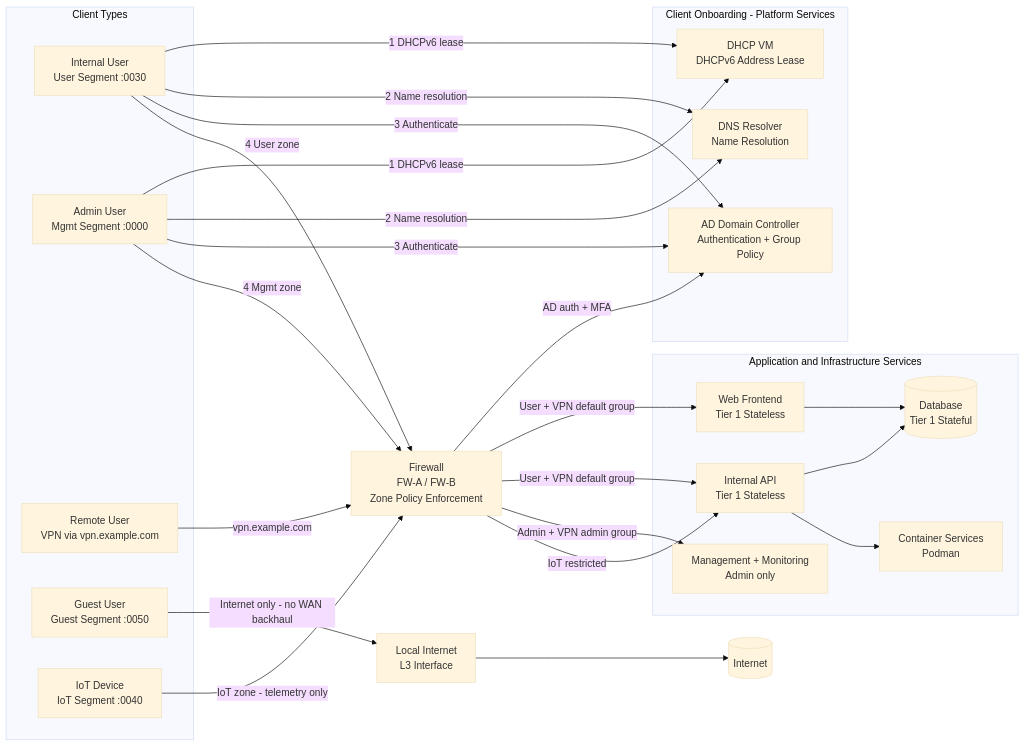
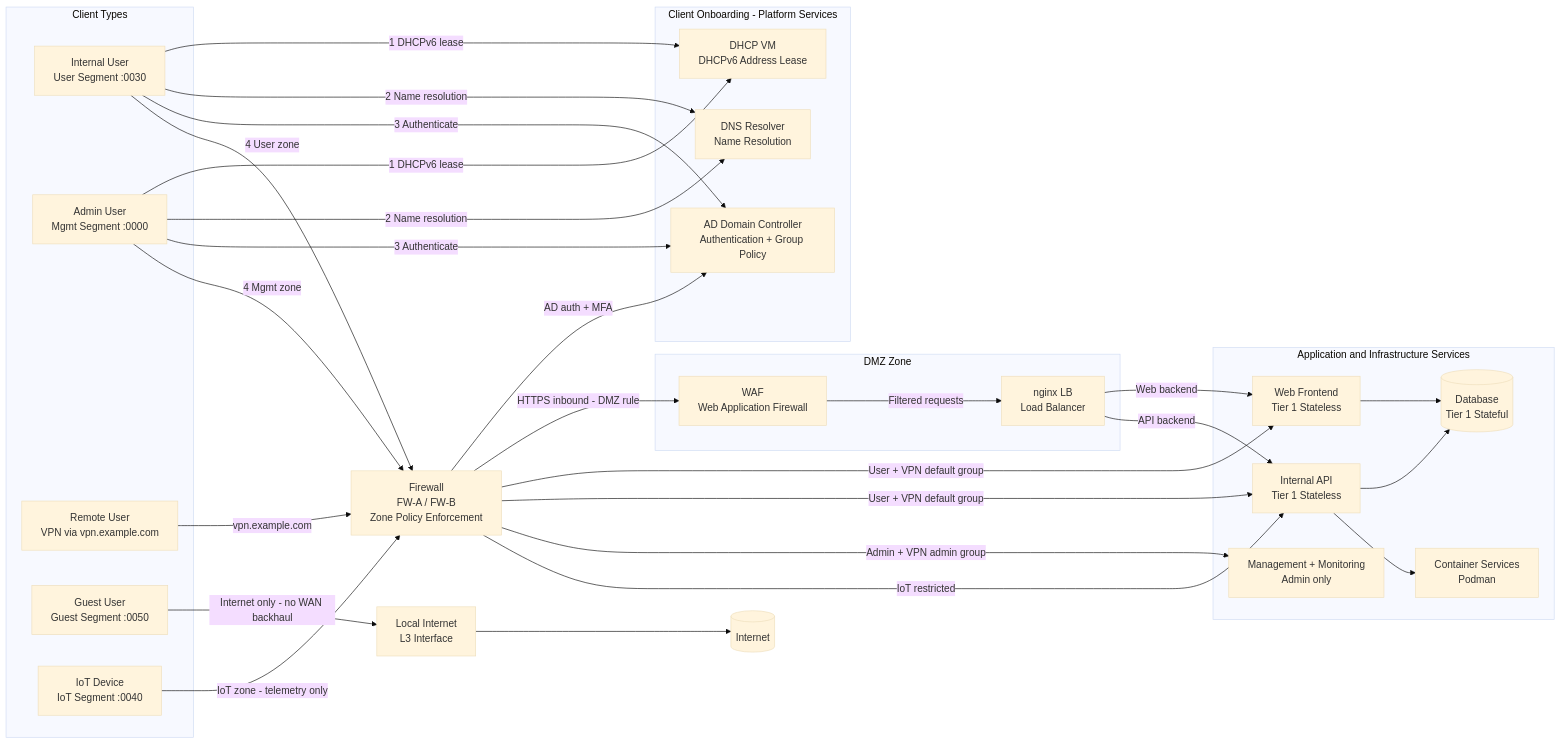
One commit to pancakesaregood/distributed-dc changed the diagram in network-spanned-dc/docs/03_diagrams/client_service_interactions.mmd.md. Above: the diagram before and after it, drawn with Mermaid (base theme). The commit also changed other lines of this file and 6 other files, not shown here.

````diff
--- a/network-spanned-dc/docs/03_diagrams/client_service_interactions.mmd.md
+++ b/network-spanned-dc/docs/03_diagrams/client_service_interactions.mmd.md
@@ -5,64 +5,75 @@
 ```mermaid
 graph LR
 
   subgraph CLIENTS[Client Types]
     CU["Internal User<br/>User Segment :0030"]
     CA["Admin User<br/>Mgmt Segment :0000"]
     CR["Remote User<br/>VPN via vpn.example.com"]
     CG["Guest User<br/>Guest Segment :0050"]
     CI["IoT Device<br/>IoT Segment :0040"]
   end
 
   subgraph ONBOARD[Client Onboarding - Platform Services]
     DHCP["DHCP VM<br/>DHCPv6 Address Lease"]
     DNS["DNS Resolver<br/>Name Resolution"]
     AD["AD Domain Controller<br/>Authentication + Group Policy"]
   end
 
   FW["Firewall<br/>FW-A / FW-B<br/>Zone Policy Enforcement"]
+
+  subgraph DMZZ[DMZ Zone]
+    WAF["WAF<br/>Web Application Firewall"]
+    LB["nginx LB<br/>Load Balancer"]
+  end
 
   subgraph APPS[Application and Infrastructure Services]
     WEB["Web Frontend<br/>Tier 1 Stateless"]
     API["Internal API<br/>Tier 1 Stateless"]
     CTR["Container Services<br/>Podman"]
     DB[("Database<br/>Tier 1 Stateful")]
     MGMTS["Management + Monitoring<br/>Admin only"]
   end
 
   L3OUT["Local Internet<br/>L3 Interface"]
   INT[(Internet)]
 
   %% Internal user onboarding
   CU -->|1 DHCPv6 lease| DHCP
   CU -->|2 Name resolution| DNS
   CU -->|3 Authenticate| AD
   CU -->|4 User zone| FW
 
   %% Admin user onboarding
   CA -->|1 DHCPv6 lease| DHCP
   CA -->|2 Name resolution| DNS
   CA -->|3 Authenticate| AD
   CA -->|4 Mgmt zone| FW
 
   %% Remote user via VPN
   CR -->|vpn.example.com| FW
   FW -->|AD auth + MFA| AD
 
   %% IoT
   CI -->|IoT zone - telemetry only| FW
 
   %% Guest - local internet breakout only
   CG -->|Internet only - no WAN backhaul| L3OUT
   L3OUT --> INT
 
-  %% Firewall permits by group
+  %% Inbound internet-facing traffic routed through DMZ
+  FW -->|HTTPS inbound - DMZ rule| WAF
+  WAF -->|Filtered requests| LB
+  LB -->|Web backend| WEB
+  LB -->|API backend| API
+
+  %% Internal clients permitted directly by firewall zone policy
   FW -->|User + VPN default group| WEB
   FW -->|User + VPN default group| API
   FW -->|Admin + VPN admin group| MGMTS
   FW -->|IoT restricted| API
 
   %% Service dependencies
   WEB --> DB
   API --> DB
   API --> CTR
 ```
````
